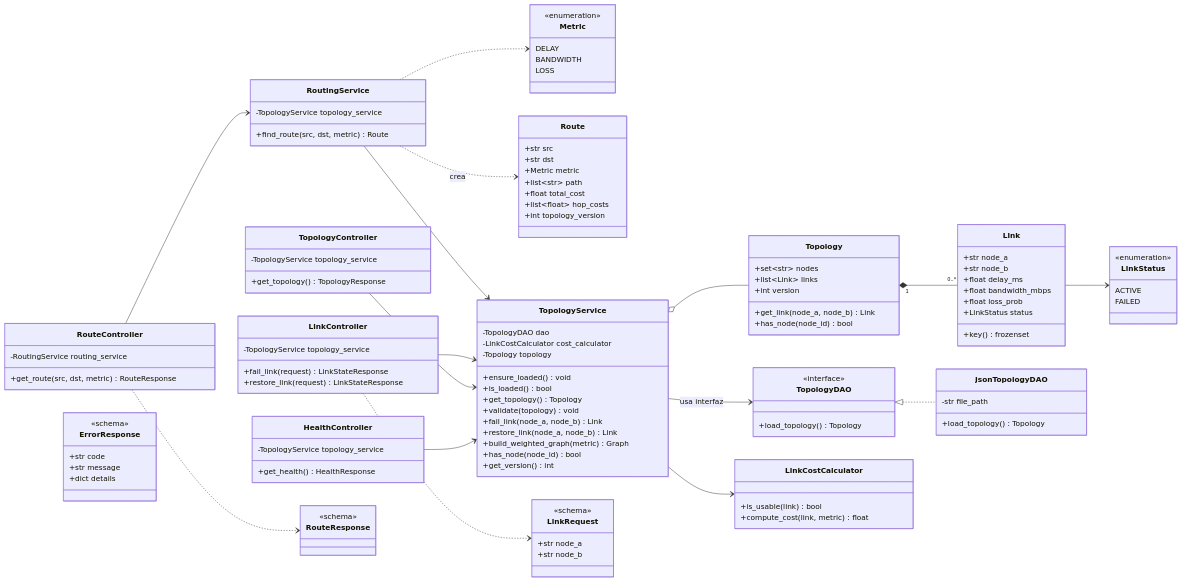
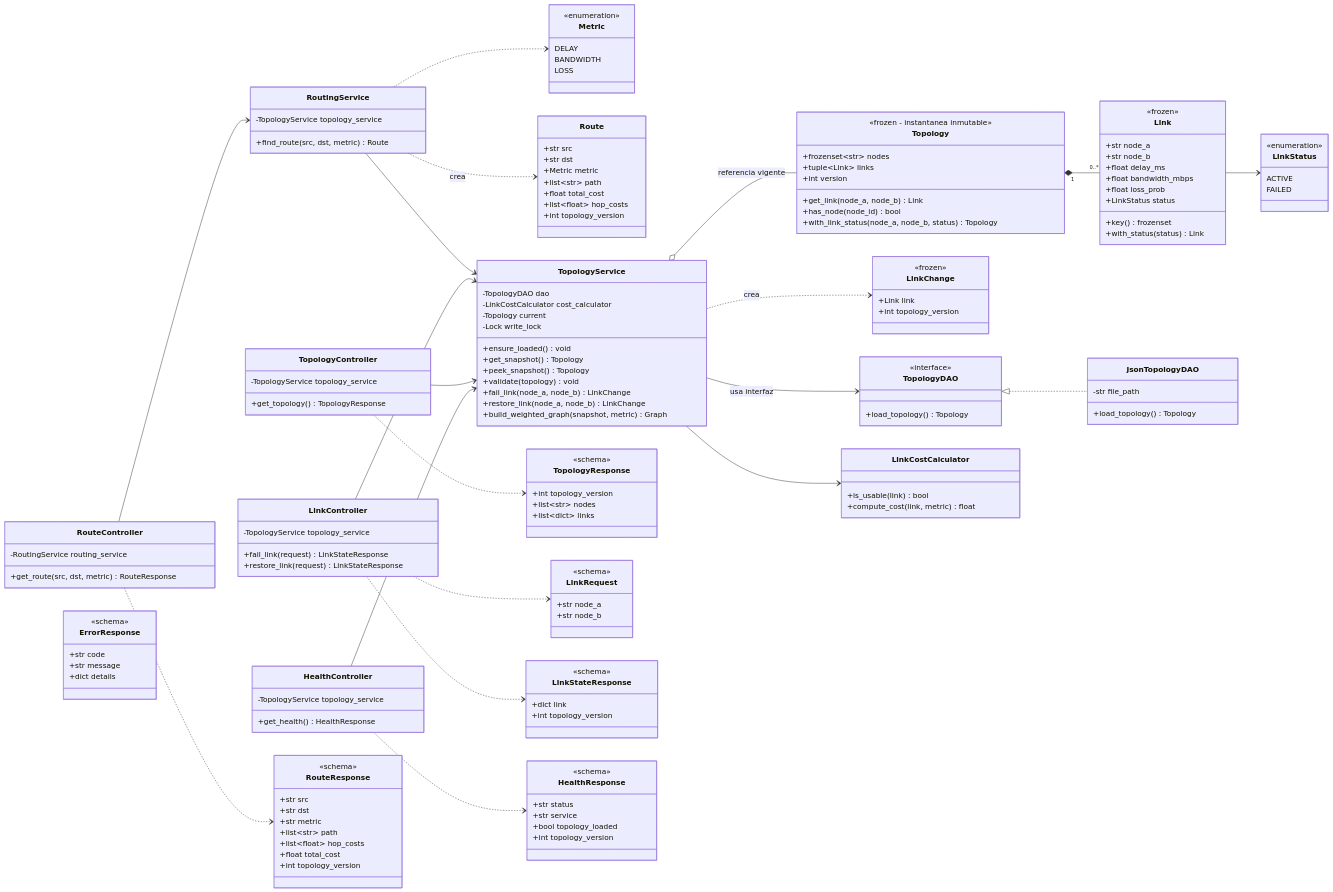
Before and after one commit to davidkordonez-sketch/informatica-t: the second of 4 diagrams in Informatica3/Informatica3/02-static-architecture.md, drawn with Mermaid. The commit also changed other lines of this file and 5 other files, not shown here.

````diff
--- a/Informatica3/Informatica3/02-static-architecture.md
+++ b/Informatica3/Informatica3/02-static-architecture.md
@@ -102,6 +106,7 @@
         FAILED
     }
     class Link {
+        <<frozen>>
         +str node_a
         +str node_b
         +float delay_ms
@@ -109,13 +114,21 @@
         +float loss_prob
         +LinkStatus status
         +key() frozenset
+        +with_status(status) Link
     }
     class Topology {
-        +set~str~ nodes
-        +list~Link~ links
+        <<frozen - instantanea inmutable>>
+        +frozenset~str~ nodes
+        +tuple~Link~ links
         +int version
         +get_link(node_a, node_b) Link
         +has_node(node_id) bool
+        +with_link_status(node_a, node_b, status) Topology
+    }
+    class LinkChange {
+        <<frozen>>
+        +Link link
+        +int topology_version
     }
     class Route {
         +str src
@@ -143,16 +156,15 @@
     class TopologyService {
         -TopologyDAO dao
         -LinkCostCalculator cost_calculator
-        -Topology topology
+        -Topology current
+        -Lock write_lock
         +ensure_loaded() void
-        +is_loaded() bool
-        +get_topology() Topology
+        +get_snapshot() Topology
+        +peek_snapshot() Topology
         +validate(topology) void
-        +fail_link(node_a, node_b) Link
-        +restore_link(node_a, node_b) Link
-        +build_weighted_graph(metric) Graph
-        +has_node(node_id) bool
-        +get_version() int
+        +fail_link(node_a, node_b) LinkChange
+        +restore_link(node_a, node_b) LinkChange
+        +build_weighted_graph(snapshot, metric) Graph
     }
     class RoutingService {
         -TopologyService topology_service
@@ -179,11 +191,36 @@
 
     class RouteResponse {
         <<schema>>
+        +str src
+        +str dst
+        +str metric
+        +list~str~ path
+        +list~float~ hop_costs
+        +float total_cost
+        +int topology_version
+    }
+    class TopologyResponse {
+        <<schema>>
+        +int topology_version
+        +list~str~ nodes
+        +list~dict~ links
     }
     class LinkRequest {
         <<schema>>
         +str node_a
         +str node_b
+    }
+    class LinkStateResponse {
+        <<schema>>
+        +dict link
+        +int topology_version
+    }
+    class HealthResponse {
+        <<schema>>
+        +str status
+        +str service
+        +bool topology_loaded
+        +int topology_version
     }
     class ErrorResponse {
         <<schema>>
@@ -195,7 +232,8 @@
     TopologyDAO <|.. JsonTopologyDAO
     TopologyService --> TopologyDAO : usa interfaz
     TopologyService --> LinkCostCalculator
-    TopologyService o-- Topology
+    TopologyService o-- Topology : referencia vigente
+    TopologyService ..> LinkChange : crea
     Topology "1" *-- "0..*" Link
     Link --> LinkStatus
     RoutingService --> TopologyService
@@ -207,4 +245,7 @@
     HealthController --> TopologyService
     RouteController ..> RouteResponse
     LinkController ..> LinkRequest
+    LinkController ..> LinkStateResponse
+    TopologyController ..> TopologyResponse
+    HealthController ..> HealthResponse
 ```
````
